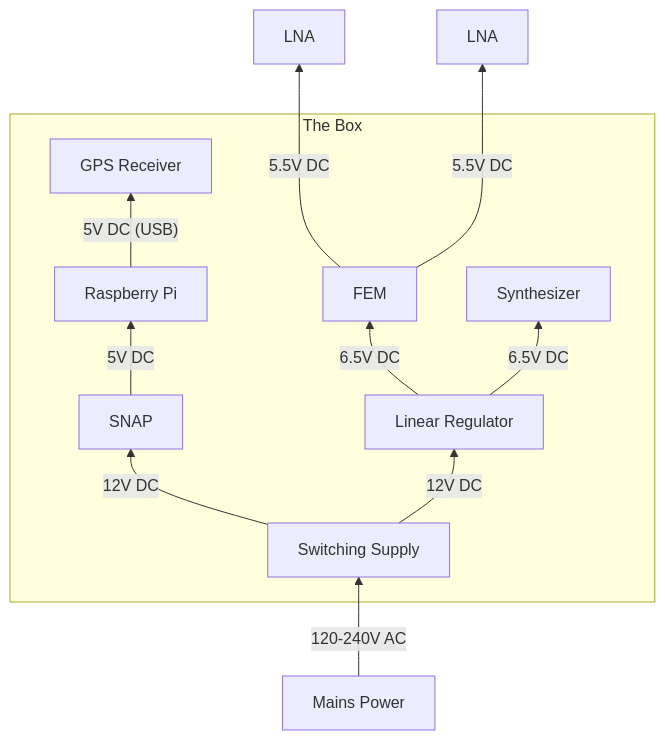
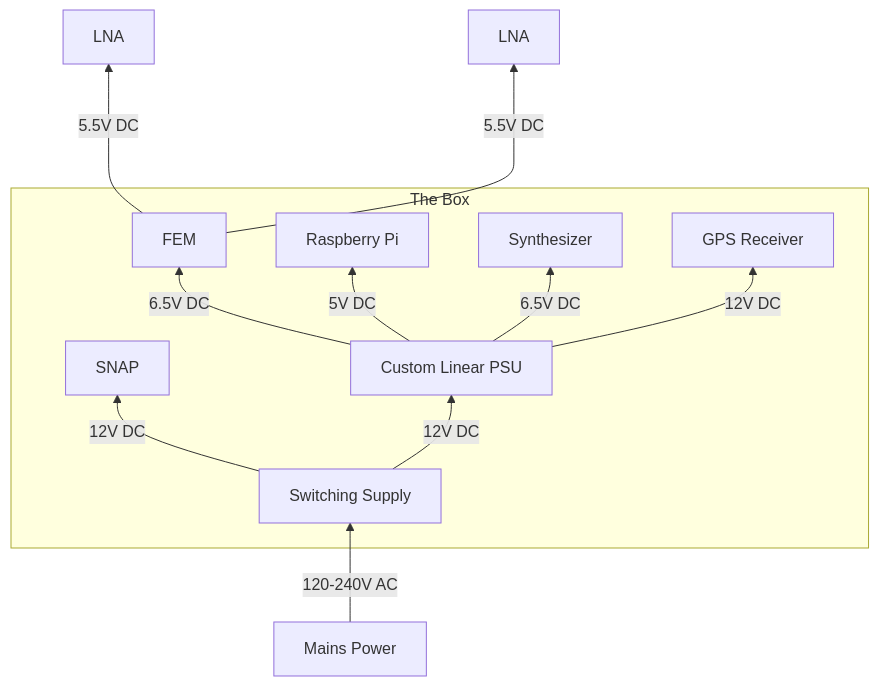
The second of 4 diagrams in docs/hardware/overview.md (courtneyjkeeler/grex-telescope.github.io), drawn with Mermaid before and after one commit. The commit also changed 9 other files, not shown here.

````diff
--- a/docs/hardware/overview.md
+++ b/docs/hardware/overview.md
@@ -31,24 +31,24 @@
 ```mermaid
 flowchart BT
     L1[LNA]
     L2[LNA]
     B[FEM]
     C[SNAP]
     S[Switching Supply]
-    R[Linear Regulator]
+    R[Custom Linear PSU]
     P[Raspberry Pi]
     M[Mains Power]
     V[Synthesizer]
     G[GPS Receiver]
     M -->|120-240V AC| S
     subgraph The Box
         R -->|6.5V DC| V
-        P -->|"5V DC (USB)"| G
+        R -->|12V DC| G
         S -->|12V DC| C
         S -->|12V DC| R
         R -->|6.5V DC| B
-        C -->|5V DC| P
+        R -->|5V DC| P
     end
     B --->|5.5V DC| L1
     B --->|5.5V DC| L2
 ```
````
